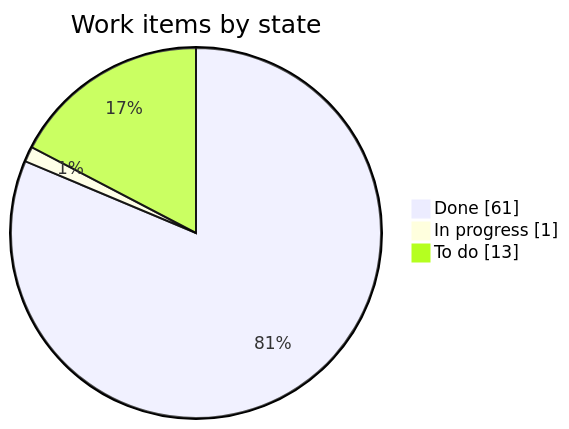
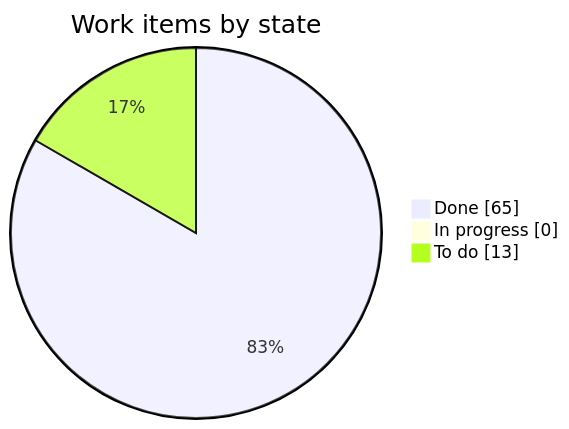
Before and after one commit to LoMagnette/ghost-light: the first of 2 diagrams in STATUS.md, drawn with Mermaid. The commit also changed other lines of this file and 1 other file, not shown here.

````diff
--- a/STATUS.md
+++ b/STATUS.md
@@ -36,7 +37,7 @@
 ```mermaid
 pie showData
     title Work items by state
-    "Done" : 61
-    "In progress" : 1
+    "Done" : 65
+    "In progress" : 0
     "To do" : 13
 ```
````
